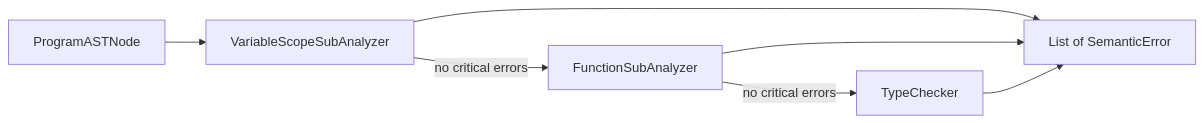
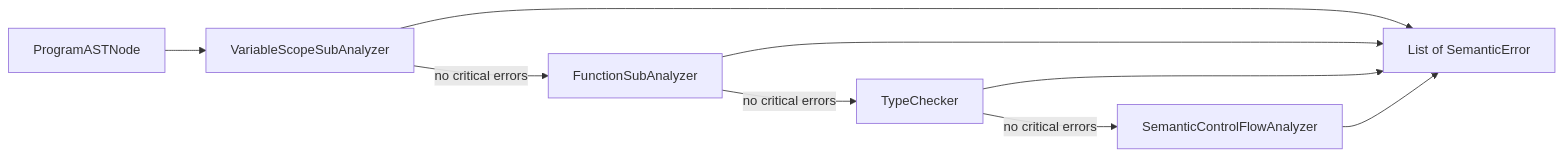
Before and after one commit to nnezhevskii/bred: the diagram in docs/semantic_analysis_draft.md, drawn with Mermaid. The commit also changed other lines of this file and 16 other files, not shown here.

````diff
--- a/docs/semantic_analysis_draft.md
+++ b/docs/semantic_analysis_draft.md
@@ -32,14 +34,17 @@
 ```mermaid
 flowchart LR
     ast[ProgramASTNode]
     vsa[VariableScopeSubAnalyzer]
     fsa[FunctionSubAnalyzer]
     tc[TypeChecker]
+    scfa[SemanticControlFlowAnalyzer]
     errs[List of SemanticError]
     ast --> vsa
     vsa -->|no critical errors| fsa
     fsa -->|no critical errors| tc
+    tc -->|no critical errors| scfa
     vsa --> errs
     fsa --> errs
     tc --> errs
+    scfa --> errs
 ```
````
